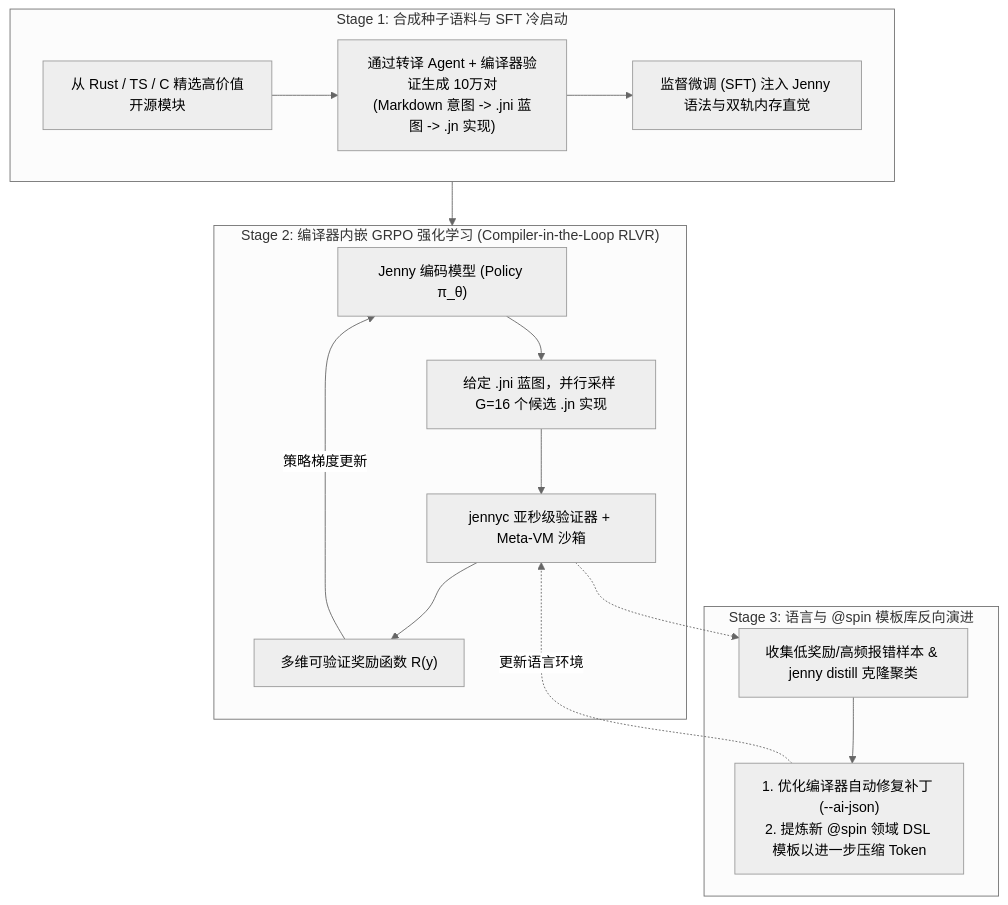
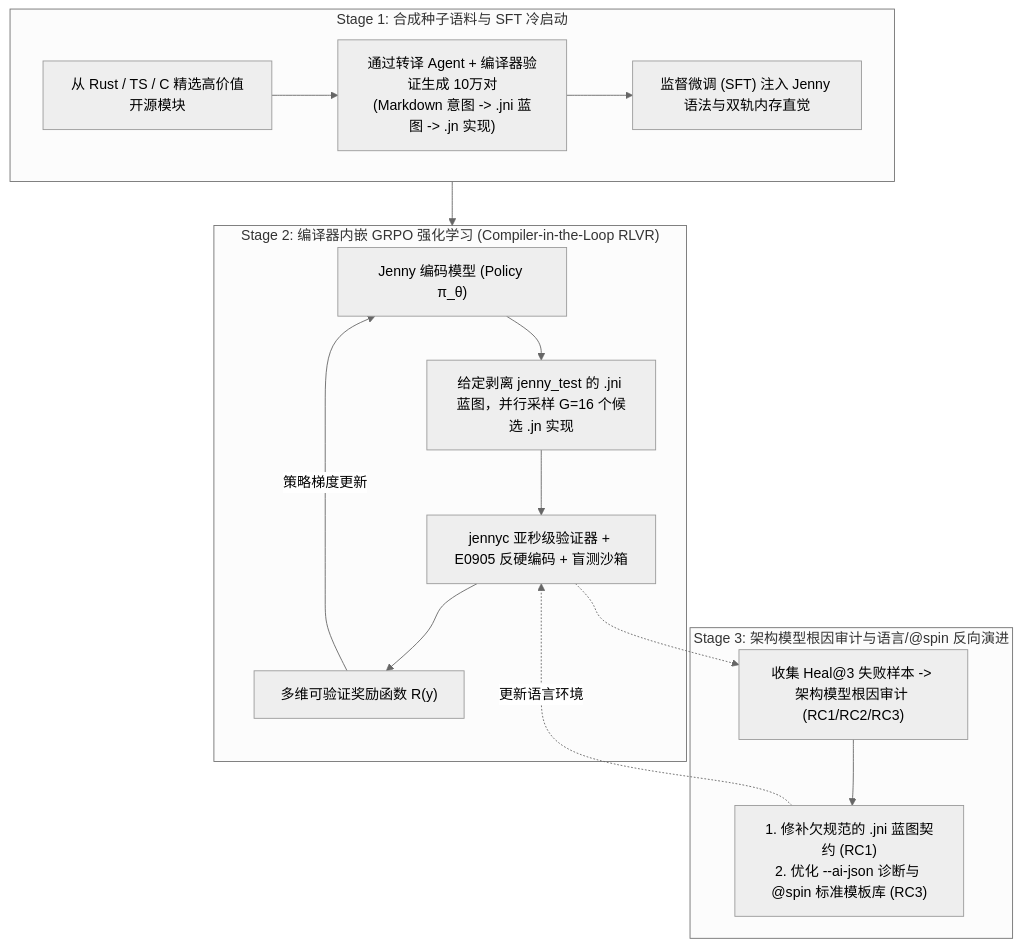
The diagram in docs/zh/design/specs/11_llm_codesign_and_empirical_training.md (Jenny-RSI/Jenny-lang), drawn with Mermaid (neutral theme) before and after one commit. The commit also changed other lines of this file and 120 other files, not shown here.

````diff
--- a/docs/zh/design/specs/11_llm_codesign_and_empirical_training.md
+++ b/docs/zh/design/specs/11_llm_codesign_and_empirical_training.md
@@ -53,25 +63,25 @@
 ```mermaid
 flowchart TB
     subgraph Data["Stage 1: 合成种子语料与 SFT 冷启动"]
         D1["从 Rust / TS / C 精选高价值开源模块"]
         D2["通过转译 Agent + 编译器验证生成 10万对\n(Markdown 意图 -> .jni 蓝图 -> .jn 实现)"]
         D3["监督微调 (SFT) 注入 Jenny 语法与双轨内存直觉"]
         D1 --> D2 --> D3
     end
 
     subgraph RL["Stage 2: 编译器内嵌 GRPO 强化学习 (Compiler-in-the-Loop RLVR)"]
         M["Jenny 编码模型 (Policy π_θ)"]
-        G["给定 .jni 蓝图，并行采样 G=16 个候选 .jn 实现"]
-        V["jennyc 亚秒级验证器 + Meta-VM 沙箱"]
+        G["给定剥离 jenny_test 的 .jni 蓝图，并行采样 G=16 个候选 .jn 实现"]
+        V["jennyc 亚秒级验证器 + E0905 反硬编码 + 盲测沙箱"]
         R["多维可验证奖励函数 R(y)"]
         M --> G --> V --> R -->|"策略梯度更新"| M
     end
 
-    subgraph CoEvo["Stage 3: 语言与 @spin 模板库反向演进"]
-        E["收集低奖励/高频报错样本 & jenny distill 克隆聚类"]
-        U["1. 优化编译器自动修复补丁 (--ai-json)\n2. 提炼新 @spin 领域 DSL 模板以进一步压缩 Token"]
+    subgraph CoEvo["Stage 3: 架构模型根因审计与语言/@spin 反向演进"]
+        E["收集 Heal@3 失败样本 -> 架构模型根因审计 (RC1/RC2/RC3)"]
+        U["1. 修补欠规范的 .jni 蓝图契约 (RC1)\n2. 优化 --ai-json 诊断与 @spin 标准模板库 (RC3)"]
         V -.-> E --> U -.->|"更新语言环境"| V
     end
 
     Data --> RL
 ```
````
